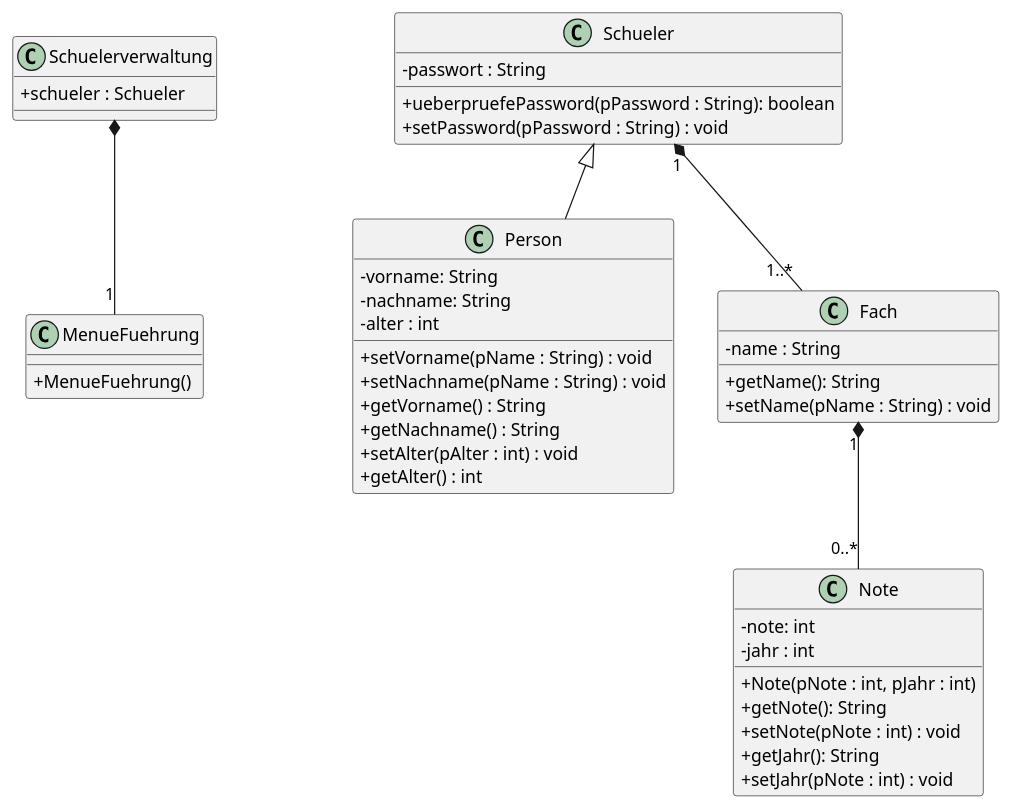
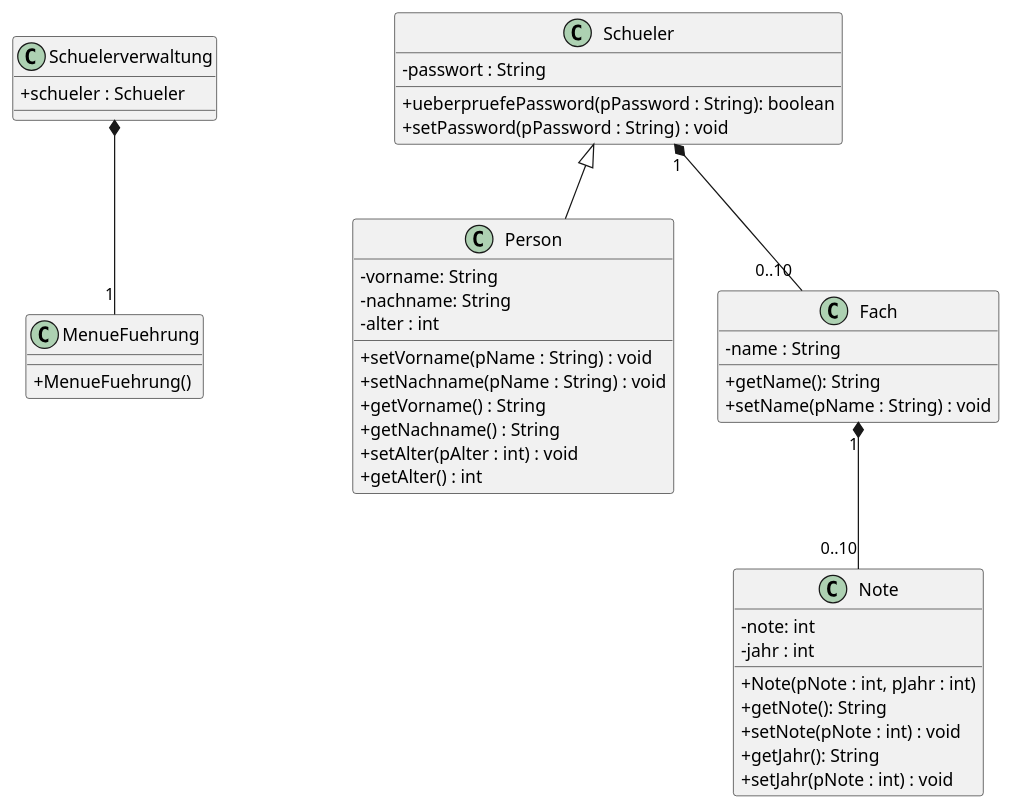
The diagram in Docs/Diagramme/Klassendiagramm.iuml (teach404W/agileProjekt_2_Java), drawn with PlantUML before and after one commit. The commit also changed 3 other files, not shown here.

```diff
--- a/Docs/Diagramme/Klassendiagramm.iuml
+++ b/Docs/Diagramme/Klassendiagramm.iuml
@@ -1,59 +1,59 @@
 @startuml
 skinparam classAttributeIconSize 0
 
 class Schuelerverwaltung{
  +schueler : Schueler
 }
 
 
 
 class MenueFuehrung{
  +MenueFuehrung()
 }
 
 class Person{
  -vorname: String
  -nachname: String
  -alter : int
  +setVorname(pName : String) : void
  +setNachname(pName : String) : void
  +getVorname() : String
  +getNachname() : String
  +setAlter(pAlter : int) : void
  +getAlter() : int
 }
 
 
 
 class Fach{
  -name : String
  +getName(): String
  +setName(pName : String) : void
 }
 
 class Note{
  -note: int
  -jahr : int
  +Note(pNote : int, pJahr : int)
  +getNote(): String
  +setNote(pNote : int) : void
  +getJahr(): String
  +setJahr(pNote : int) : void
 }
 
 
 
 
 class Schueler{
   -passwort : String
   +ueberpruefePassword(pPassword : String): boolean
   +setPassword(pPassword : String) : void
 }
 
 
-Fach "1" *-- "0..*" Note
+Fach "1" *-- "0..10" Note
 Schuelerverwaltung  *-- "1" MenueFuehrung
-Schueler "1" *-- "1..*" Fach
+Schueler "1" *-- "0..10" Fach
 Schueler <|-- Person
 
 @enduml
```
